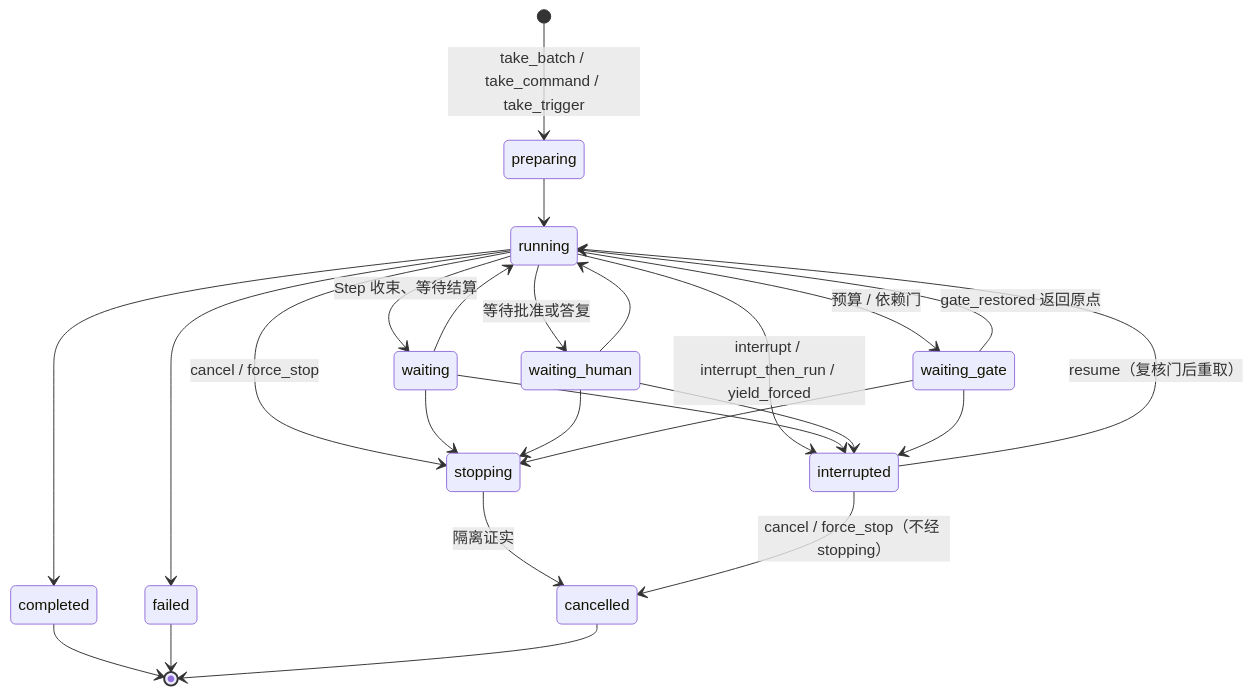
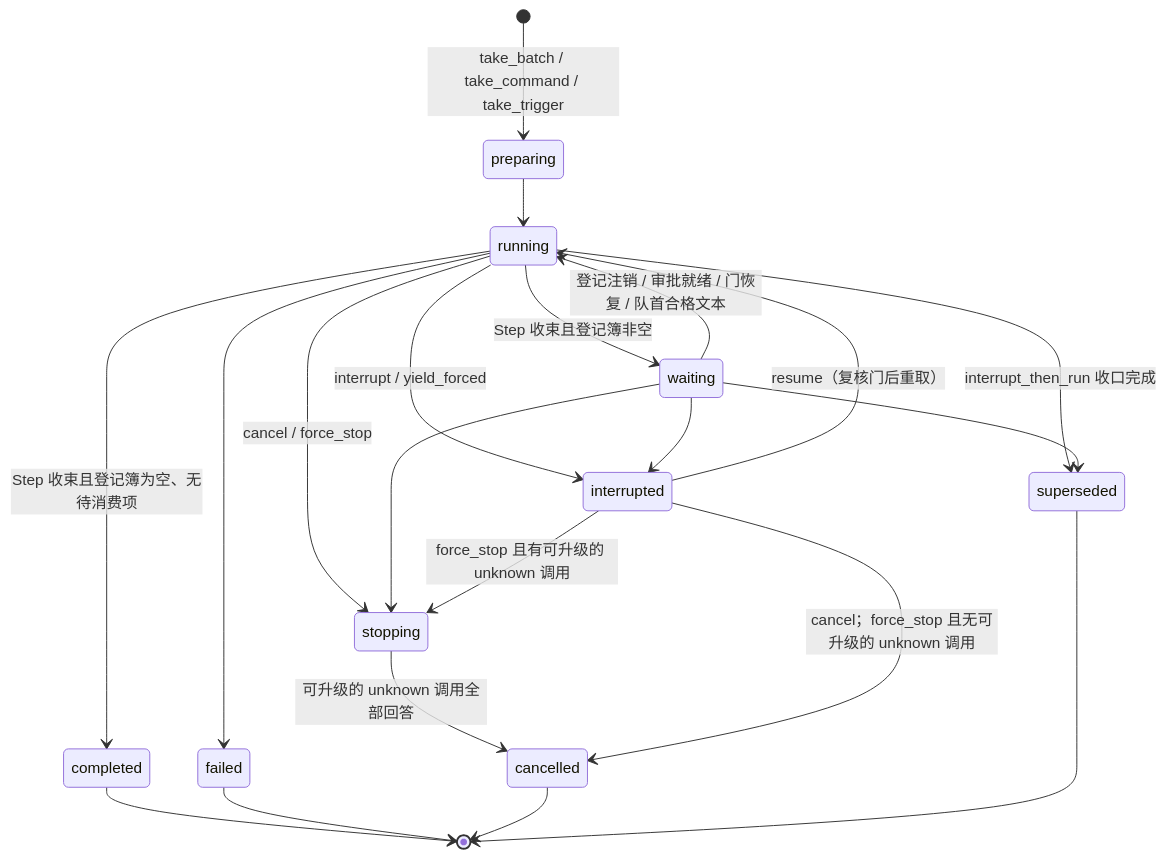
The diagram in docs/architecture/run.md (nemori-ai/omne-harness-lite), drawn with Mermaid before and after one commit. The commit also changed other lines of this file and 18 other files, not shown here.

````diff
--- a/docs/architecture/run.md
+++ b/docs/architecture/run.md
@@ -13,27 +14,23 @@
 ```mermaid
 stateDiagram-v2
     [*] --> preparing: take_batch / take_command / take_trigger
     preparing --> running
-    running --> waiting: Step 收束、等待结算
-    running --> waiting_human: 等待批准或答复
-    running --> waiting_gate: 预算 / 依赖门
-    waiting --> running
-    waiting_human --> running
-    waiting_gate --> running: gate_restored 返回原点
-    running --> completed
+    running --> waiting: Step 收束且登记簿非空
+    waiting --> running: 登记注销 / 审批就绪 / 门恢复 / 队首合格文本
+    running --> completed: Step 收束且登记簿为空、无待消费项
     running --> failed
-    running --> interrupted: interrupt / interrupt_then_run / yield_forced
+    running --> interrupted: interrupt / yield_forced
     waiting --> interrupted
-    waiting_human --> interrupted
-    waiting_gate --> interrupted
     interrupted --> running: resume（复核门后重取）
+    running --> superseded: interrupt_then_run 收口完成
+    waiting --> superseded
     running --> stopping: cancel / force_stop
     waiting --> stopping
-    waiting_human --> stopping
-    waiting_gate --> stopping
-    stopping --> cancelled: 隔离证实
-    interrupted --> cancelled: cancel / force_stop（不经 stopping）
+    stopping --> cancelled: 可升级的 unknown 调用全部回答
+    interrupted --> cancelled: cancel；force_stop 且无可升级的 unknown 调用
+    interrupted --> stopping: force_stop 且有可升级的 unknown 调用
     completed --> [*]
     failed --> [*]
     cancelled --> [*]
+    superseded --> [*]
 ```
````
